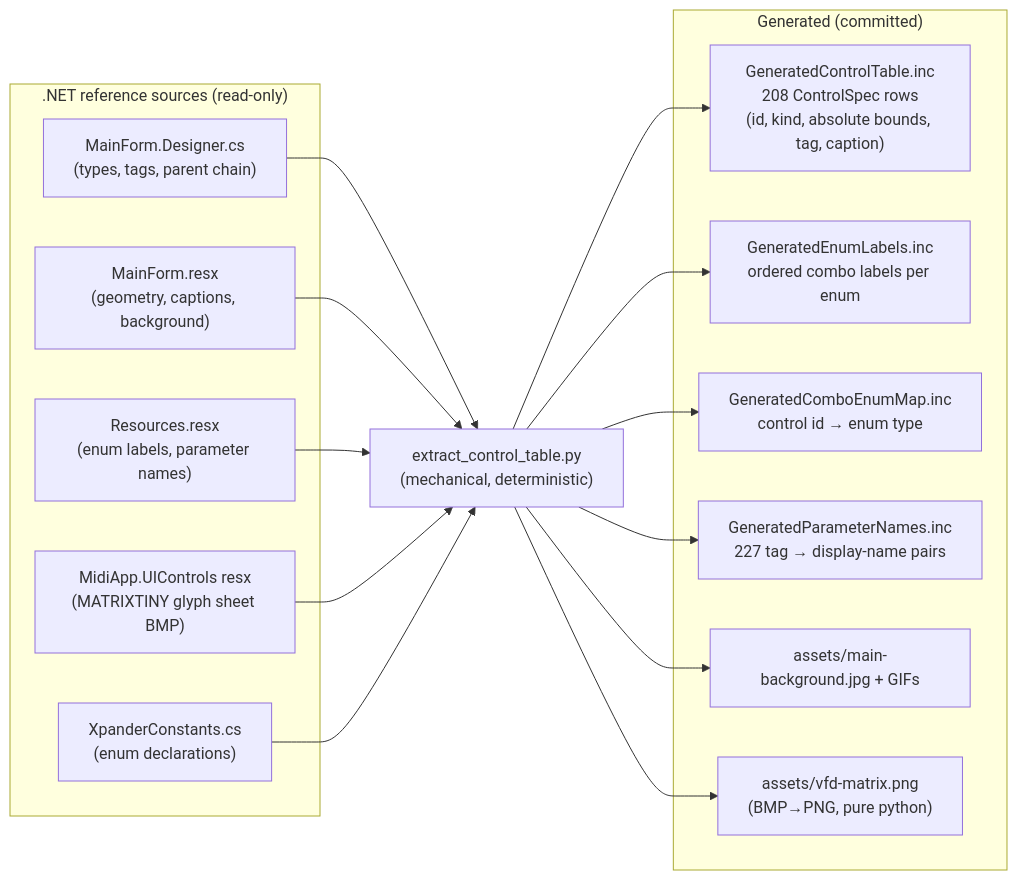
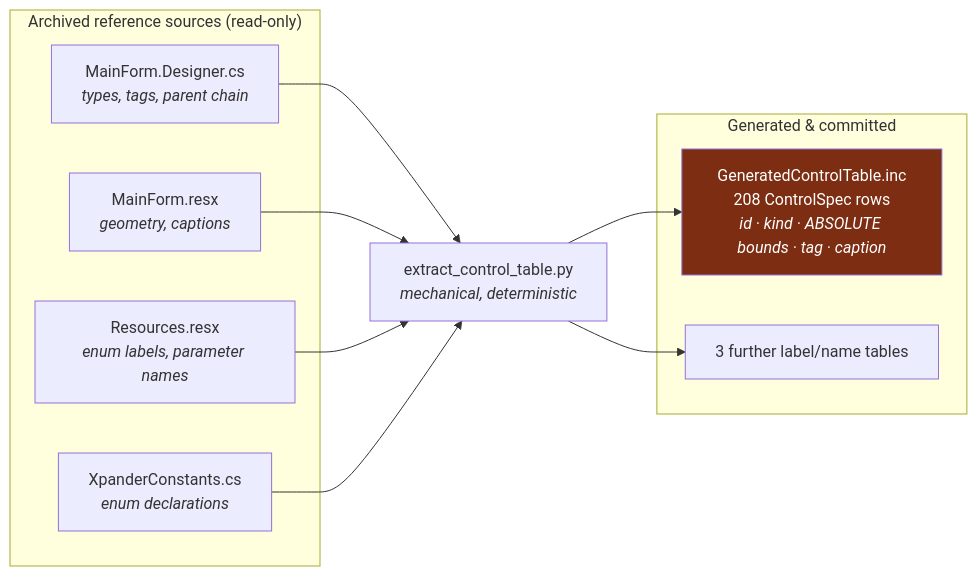
Before and after one commit to xplorer2716/XplorerEditor: the tenth of 18 diagrams in docs/architecture-analysis.md, drawn with Mermaid. The commit also changed other lines of this file, not shown here.

First line of the commit message:
Rewrite the architecture document as a standalone reference for the JUCE implementation

````diff
--- a/docs/architecture-analysis.md
+++ b/docs/architecture-analysis.md
@@ -286,28 +561,17 @@
 ```mermaid
 flowchart LR
-    subgraph dotnet [".NET reference sources (read-only)"]
-        Designer["MainForm.Designer.cs\n(types, tags, parent chain)"]
-        Resx["MainForm.resx\n(geometry, captions, background)"]
-        Resources["Resources.resx\n(enum labels, parameter names)"]
-        UIRes["MidiApp.UIControls resx\n(MATRIXTINY glyph sheet BMP)"]
-        Constants["XpanderConstants.cs\n(enum declarations)"]
+    subgraph ref ["Archived reference sources (read-only)"]
+        D["MainForm.Designer.cs<br/><i>types, tags, parent chain</i>"]
+        R["MainForm.resx<br/><i>geometry, captions</i>"]
+        RS["Resources.resx<br/><i>enum labels, parameter names</i>"]
+        C["XpanderConstants.cs<br/><i>enum declarations</i>"]
     end
+    S["extract_control_table.py<br/><i>mechanical, deterministic</i>"]
+    subgraph gen ["Generated & committed"]
+        T["GeneratedControlTable.inc<br/>208 ControlSpec rows<br/><i>id · kind · ABSOLUTE bounds · tag · caption</i>"]
+        O["3 further label/name tables"]
+    end
+    D & R & RS & C --> S --> T & O
 
-    Script["extract_control_table.py\n(mechanical, deterministic)"]
-
-    subgraph generated ["Generated (committed)"]
-        Table["GeneratedControlTable.inc\n208 ControlSpec rows\n(id, kind, absolute bounds, tag, caption)"]
-        Enums["GeneratedEnumLabels.inc\nordered combo labels per enum"]
-        Combo["GeneratedComboEnumMap.inc\ncontrol id → enum type"]
-        Names["GeneratedParameterNames.inc\n227 tag → display-name pairs"]
-        Bg["assets/main-background.jpg + GIFs"]
-        Vfd["assets/vfd-matrix.png\n(BMP→PNG, pure python)"]
-    end
-
-    Designer --> Script
-    Resx --> Script
-    Resources --> Script
-    UIRes --> Script
-    Constants --> Script
-    Script --> Table & Enums & Combo & Names & Bg & Vfd
+    style T fill:#7c2d12,color:#fff
 ```
````
